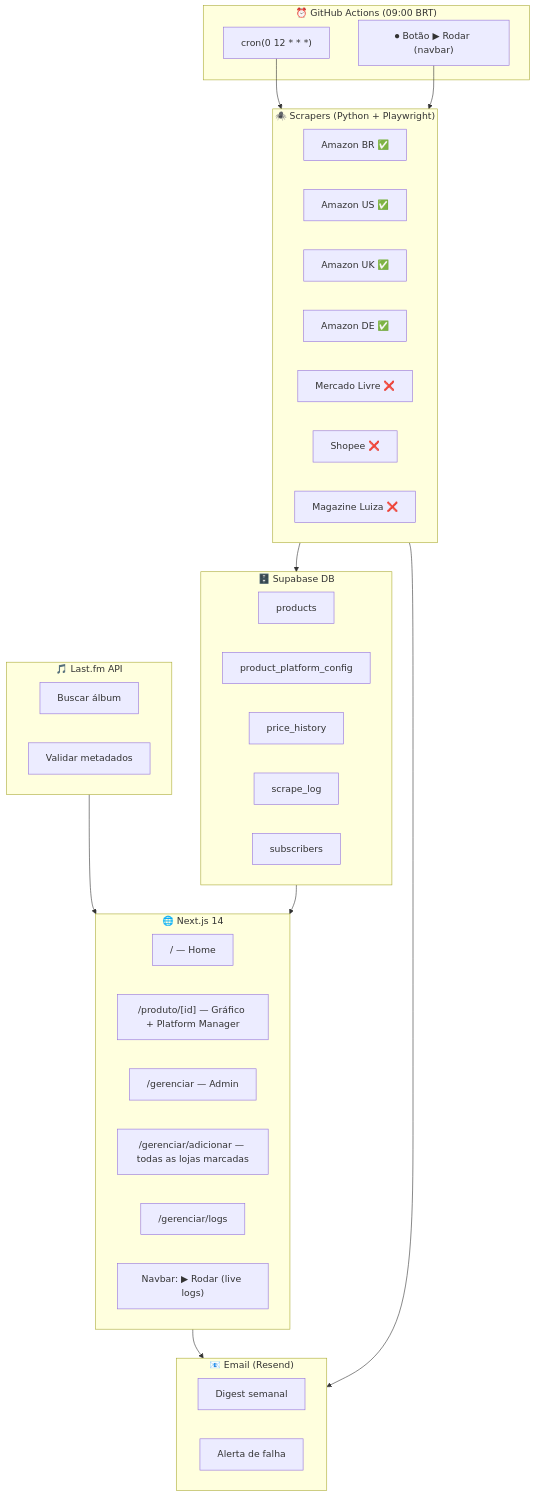
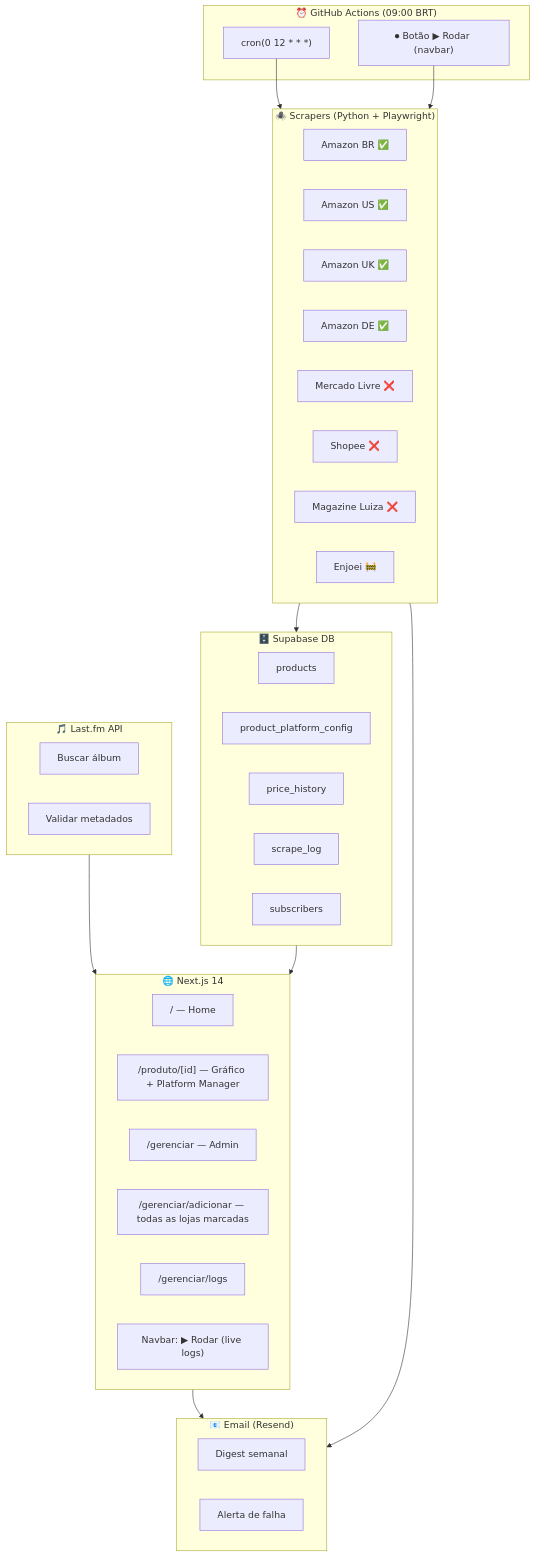
The diagram in README.md (cavalcanteprofissional/cd-price-tracker), drawn with Mermaid before and after one commit. The commit also changed other lines of this file and 11 other files, not shown here.

````diff
--- a/README.md
+++ b/README.md
@@ -5,52 +5,53 @@
 ```mermaid
 flowchart TB
     subgraph Schedule["⏰ GitHub Actions (09:00 BRT)"]
         CRON["cron(0 12 * * *)"]
         TRIGGER["⏺ Botão ▶ Rodar (navbar)"]
     end
 
     subgraph Scrapers["🕷️ Scrapers (Python + Playwright)"]
         AMZN["Amazon BR ✅"]
         AMZN_US["Amazon US ✅"]
         AMZN_UK["Amazon UK ✅"]
         AMZN_DE["Amazon DE ✅"]
         ML["Mercado Livre ❌"]
         SHOP["Shopee ❌"]
         MGL["Magazine Luiza ❌"]
+        ENJ["Enjoei 🚧"]
     end
 
     subgraph LastFM["🎵 Last.fm API"]
         SEARCH["Buscar álbum"]
         VALIDATE["Validar metadados"]
     end
 
     subgraph Supabase["🗄️ Supabase DB"]
         PRODUCTS["products"]
         CONFIG["product_platform_config"]
         PRICES["price_history"]
         LOGS["scrape_log"]
         SUBS["subscribers"]
     end
 
     subgraph Frontend["🌐 Next.js 14"]
         HOME["/ — Home"]
         DETAIL["/produto/[id] — Gráfico + Platform Manager"]
         ADMIN["/gerenciar — Admin"]
         ADD["/gerenciar/adicionar — todas as lojas marcadas"]
         LOGS_PAGE["/gerenciar/logs"]
         NAV["Navbar: ▶ Rodar (live logs)"]
     end
 
     subgraph Email["📧 Email (Resend)"]
         DIGEST["Digest semanal"]
         ALERT["Alerta de falha"]
     end
 
     CRON --> Scrapers
     TRIGGER --> Scrapers
     Scrapers --> Supabase
     LastFM --> Frontend
     Supabase --> Frontend
     Frontend --> Email
     Scrapers --> Email
 ```
````
